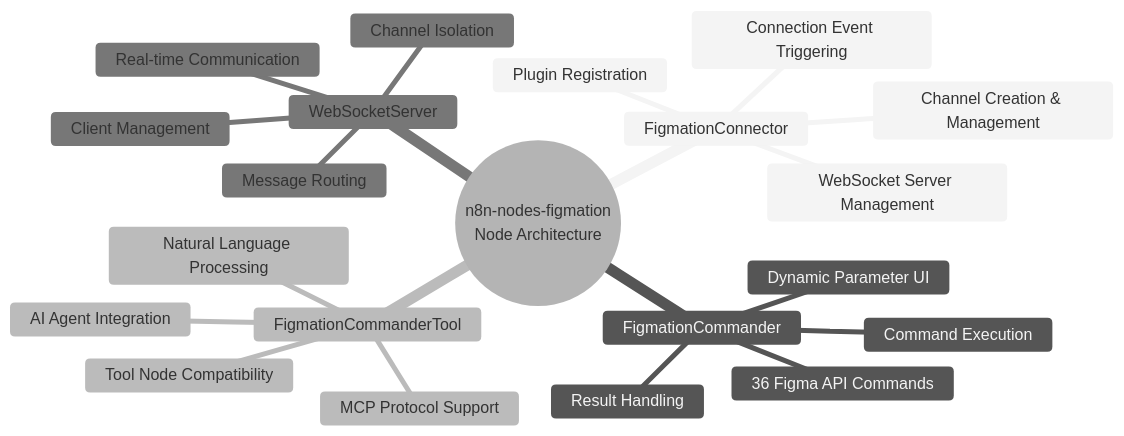
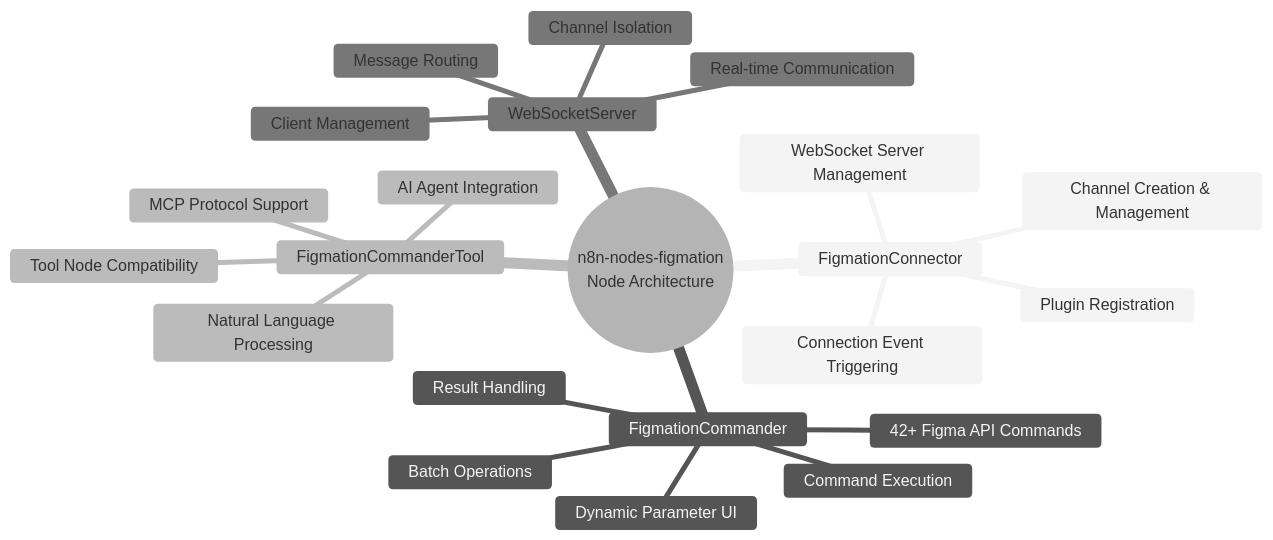
One commit to dandacompany/n8n-nodes-figmation changed the fourth of 4 diagrams in README.md. Above: the diagram before and after it, drawn with Mermaid (neutral theme). The commit also changed other lines of this file and 17 other files, not shown here.

````diff
--- a/README.md
+++ b/README.md
@@ -120,24 +124,25 @@
 ```mermaid
 mindmap
   root((n8n-nodes-figmation<br/>Node Architecture))
     FigmationConnector
       WebSocket Server Management
       Channel Creation & Management
       Plugin Registration
       Connection Event Triggering
     FigmationCommander
-      36 Figma API Commands
+      42+ Figma API Commands
       Dynamic Parameter UI
       Command Execution
       Result Handling
+      Batch Operations
     FigmationCommanderTool
       MCP Protocol Support
       AI Agent Integration
       Tool Node Compatibility
       Natural Language Processing
     WebSocketServer
       Real-time Communication
       Channel Isolation
       Client Management
       Message Routing
 ```
````
